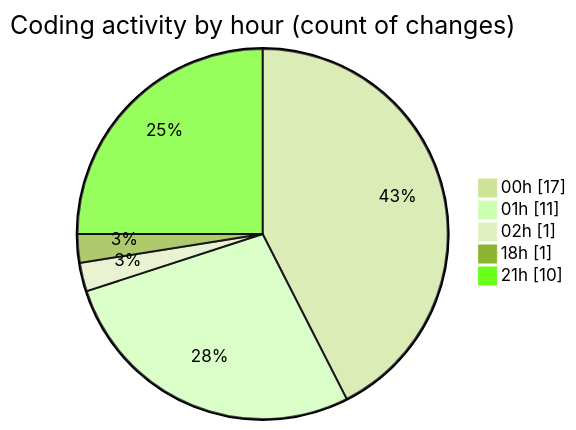
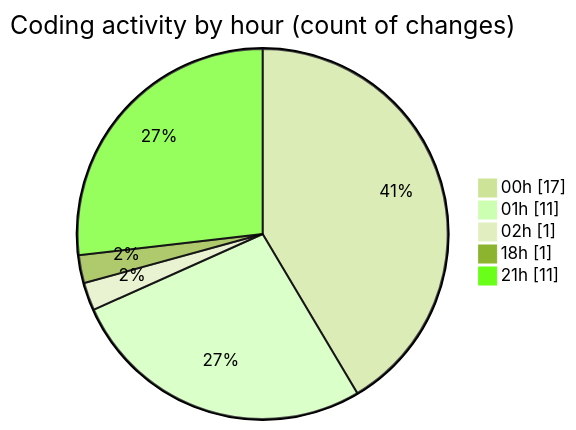
The second of 2 diagrams in 2025-11-22/eventscop-api-guide__workspace_/README.md (julien-gomy/code-tracking), drawn with Mermaid (forest theme) before and after one commit. The commit also changed other lines of this file and 1 other file, not shown here.

````diff
--- a/2025-11-22/eventscop-api-guide__workspace_/README.md
+++ b/2025-11-22/eventscop-api-guide__workspace_/README.md
@@ -41,9 +41,9 @@
 ```mermaid
 pie showData
 title Coding activity by hour (count of changes)
 "00h" : 17
 "01h" : 11
 "02h" : 1
 "18h" : 1
-"21h" : 10
+"21h" : 11
 ```
````
